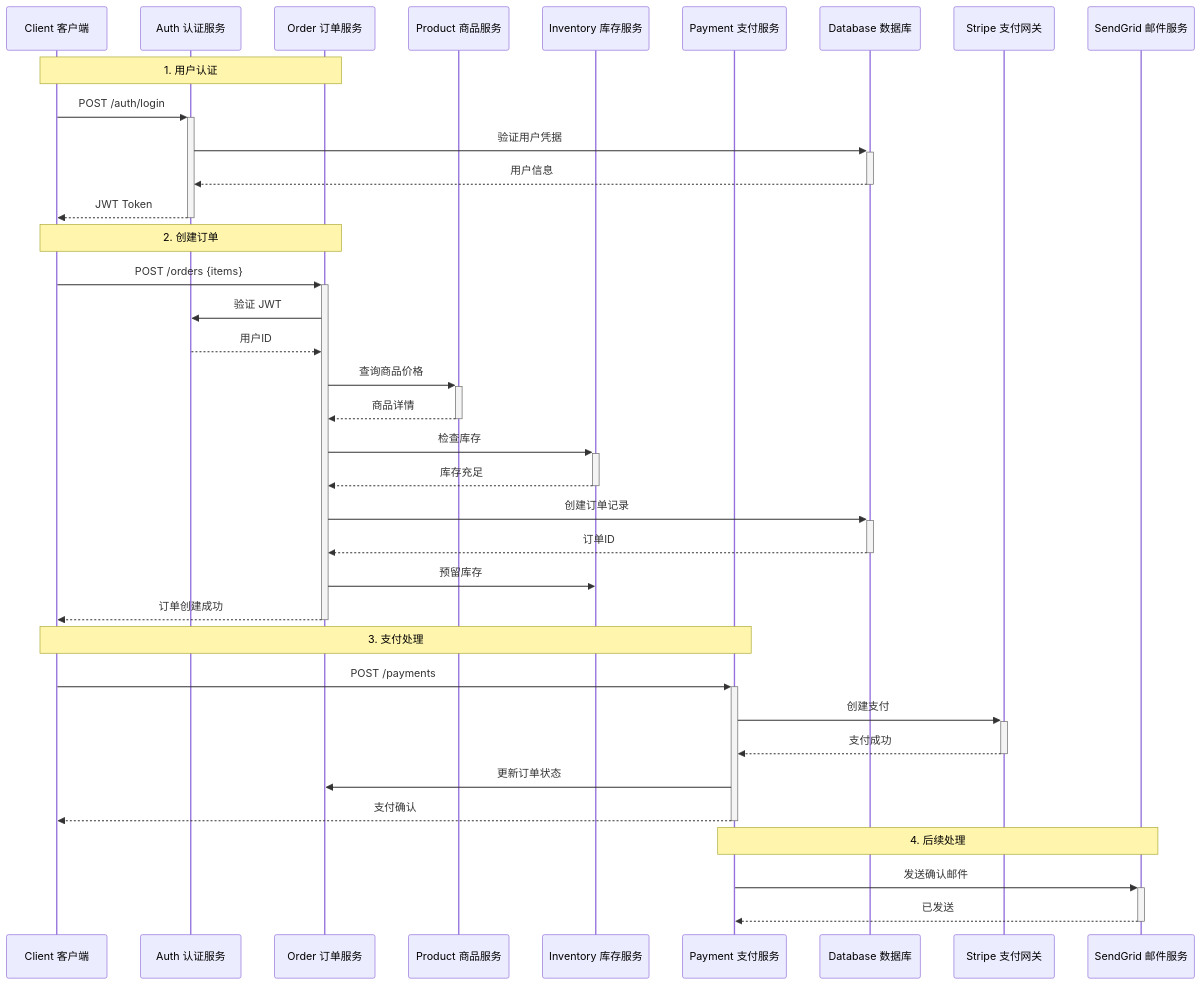
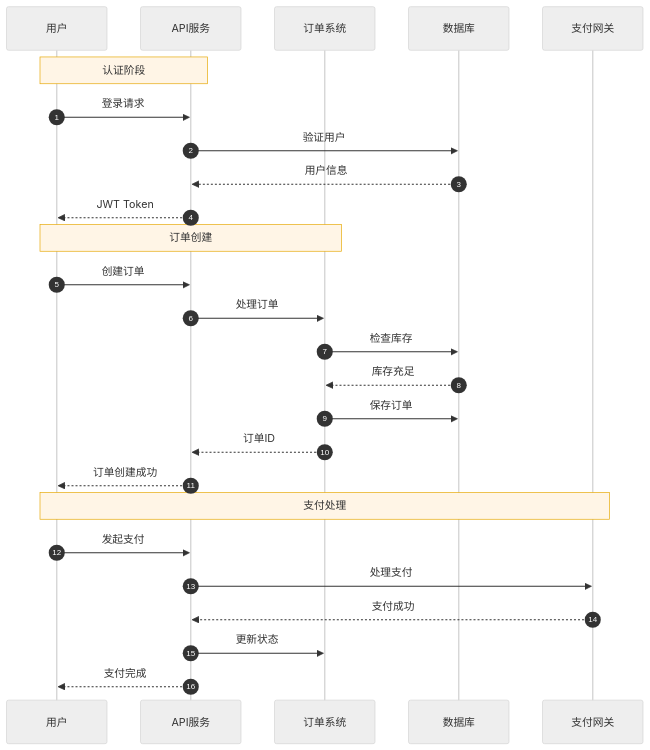
One commit to Harpsichord1207/AIShareMaterials changed the third of 4 diagrams in 1_result.md. Above: the diagram before and after it, drawn with Mermaid. The commit also changed 2 other files, not shown here.

````diff
--- a/1_result.md
+++ b/1_result.md
@@ -226,46 +226,32 @@
 ```mermaid
+%%{init: {'theme': 'neutral', 'themeVariables': { 'primaryTextColor': '#333', 'primaryColor': '#667eea', 'noteBkgColor': '#fff5e6', 'noteTextColor': '#333', 'noteBorderColor': '#e6a700'}}}%%
 sequenceDiagram
-    participant C as Client 客户端
-    participant Auth as Auth 认证服务
-    participant Order as Order 订单服务
-    participant Product as Product 商品服务
-    participant Inventory as Inventory 库存服务
-    participant Payment as Payment 支付服务
-    participant DB as Database 数据库
-    participant Stripe as Stripe 支付网关
-    participant SendGrid as SendGrid 邮件服务
+    autonumber
+    participant U as 用户
+    participant A as API服务
+    participant O as 订单系统
+    participant D as 数据库
+    participant P as 支付网关
 
-    Note over C,Order: 1. 用户认证
-    C->>+Auth: POST /auth/login
-    Auth->>+DB: 验证用户凭据
-    DB-->>-Auth: 用户信息
-    Auth-->>-C: JWT Token
+    Note over U,A: 认证阶段
+    U->>A: 登录请求
+    A->>D: 验证用户
+    D-->>A: 用户信息
+    A-->>U: JWT Token
 
-    Note over C,Order: 2. 创建订单
-    C->>+Order: POST /orders {items}
-    Order->>Auth: 验证 JWT
-    Auth-->>Order: 用户ID
-    
-    Order->>+Product: 查询商品价格
-    Product-->>-Order: 商品详情
-    
-    Order->>+Inventory: 检查库存
-    Inventory-->>-Order: 库存充足
-    
-    Order->>+DB: 创建订单记录
-    DB-->>-Order: 订单ID
-    
-    Order->>Inventory: 预留库存
-    Order-->>-C: 订单创建成功
+    Note over U,O: 订单创建
+    U->>A: 创建订单
+    A->>O: 处理订单
+    O->>D: 检查库存
+    D-->>O: 库存充足
+    O->>D: 保存订单
+    O-->>A: 订单ID
+    A-->>U: 订单创建成功
 
-    Note over C,Payment: 3. 支付处理
-    C->>+Payment: POST /payments
-    Payment->>+Stripe: 创建支付
-    Stripe-->>-Payment: 支付成功
-    Payment->>Order: 更新订单状态
-    Payment-->>-C: 支付确认
-
-    Note over Payment,SendGrid: 4. 后续处理
-    Payment->>+SendGrid: 发送确认邮件
-    SendGrid-->>-Payment: 已发送
+    Note over U,P: 支付处理
+    U->>A: 发起支付
+    A->>P: 处理支付
+    P-->>A: 支付成功
+    A->>O: 更新状态
+    A-->>U: 支付完成
 ```
````
